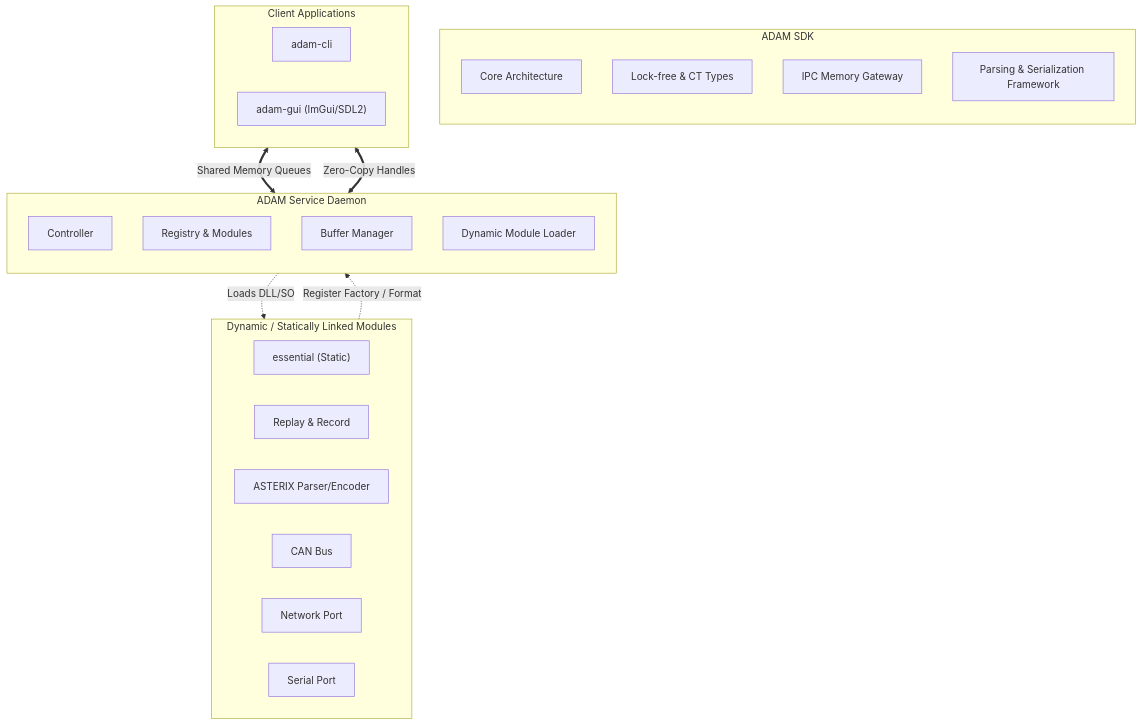
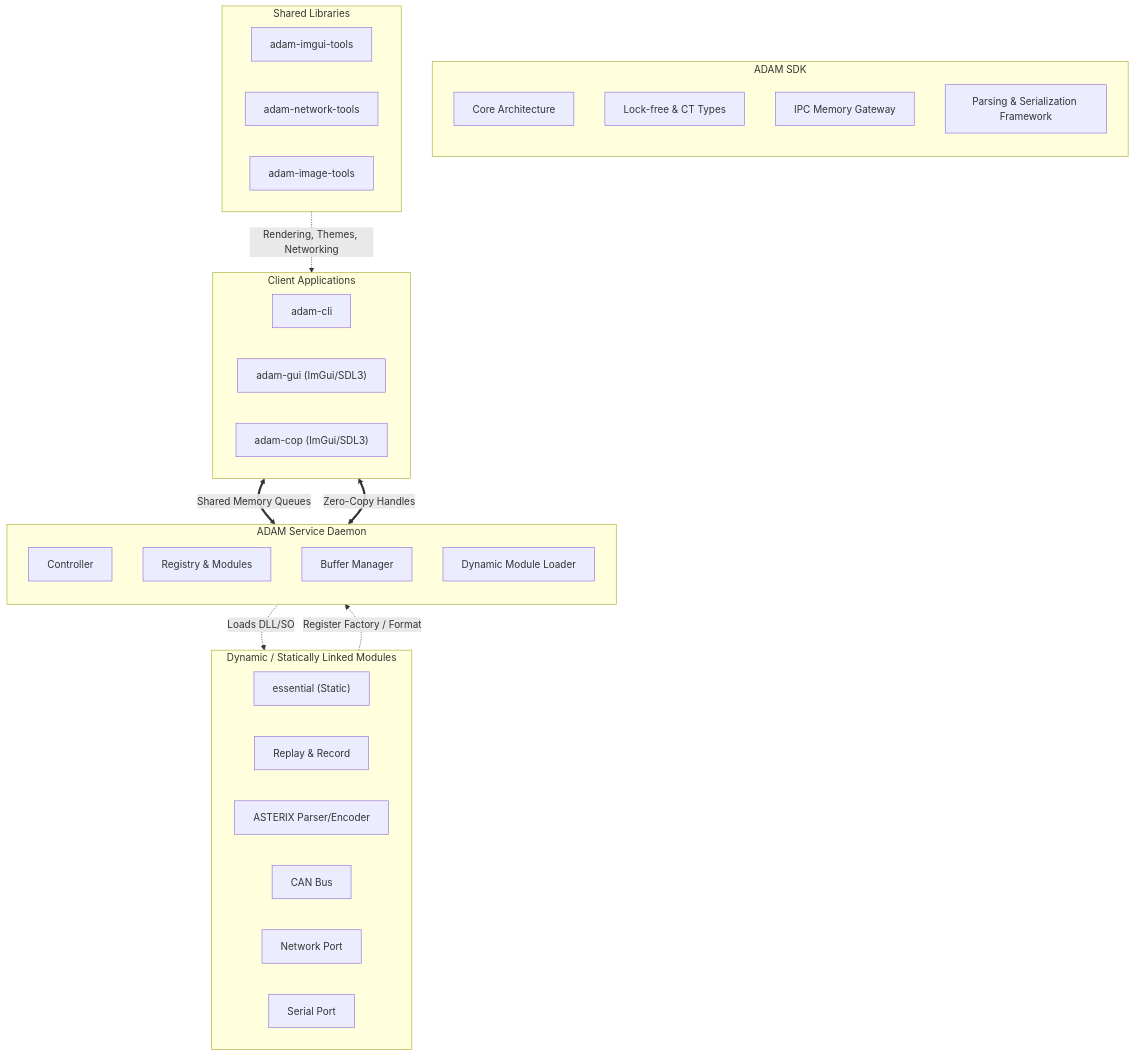
Before and after one commit to dexus1337/adam: the first of 4 diagrams in README.md, drawn with Mermaid. The commit also changed other lines of this file and 3 other files, not shown here.

````diff
--- a/README.md
+++ b/README.md
@@ -17,40 +17,49 @@
 ```mermaid
 graph TD
     subgraph SDK["ADAM SDK"]
         direction TB
         Core[Core Architecture]
         Types[Lock-free & CT Types]
         Mem[IPC Memory Gateway]
         ParseFrame[Parsing & Serialization Framework]
+    end
+
+    subgraph Libraries["Shared Libraries"]
+        direction LR
+        imgui_tools["adam-imgui-tools"]
+        network_tools["adam-network-tools"]
+        image_tools["adam-image-tools"]
     end
 
     subgraph CoreService["ADAM Service Daemon"]
         direction TB
         Ctrl[Controller]
         Reg[Registry & Modules]
         BufMgr[Buffer Manager]
         Loader[Dynamic Module Loader]
     end
 
     subgraph Plugins["Dynamic / Statically Linked Modules"]
         direction LR
         essential["essential (Static)"]
         recrep["Replay & Record"]
         asterix["ASTERIX Parser/Encoder"]
         can["CAN Bus"]
         network["Network Port"]
         serial["Serial Port"]
     end
 
     subgraph Clients["Client Applications"]
         direction LR
         cli[adam-cli]
-        gui["adam-gui (ImGui/SDL2)"]
+        gui["adam-gui (ImGui/SDL3)"]
+        cop["adam-cop (ImGui/SDL3)"]
     end
 
     %% Communications
     Clients <==>|Shared Memory Queues| Ctrl
     Loader -.->|Loads DLL/SO| Plugins
     Plugins -.->|Register Factory / Format| Reg
     BufMgr <==>|Zero-Copy Handles| Clients
+    Libraries -.->|Rendering, Themes, Networking| Clients
 ```
````
